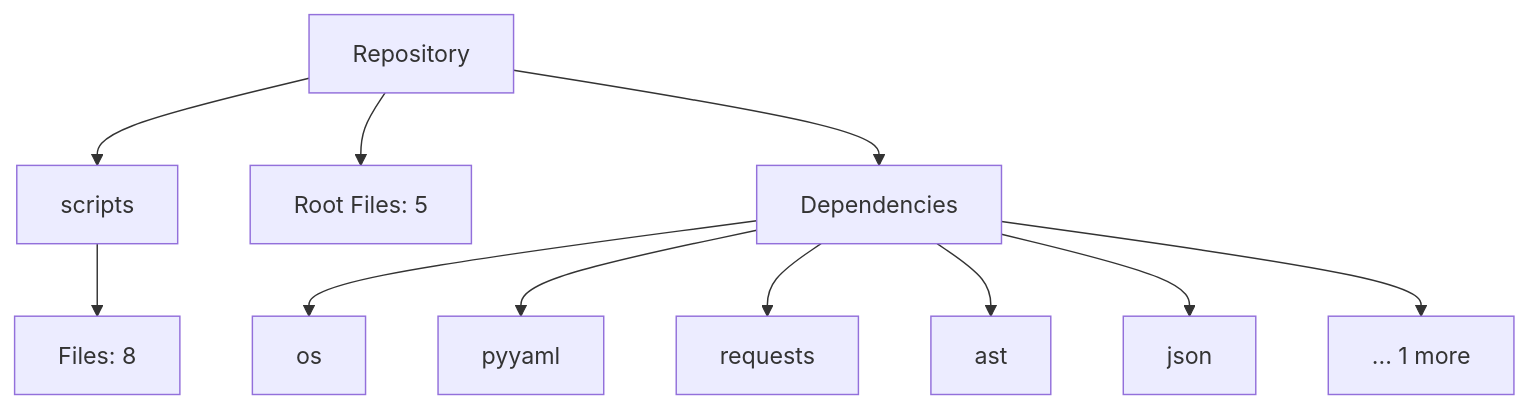
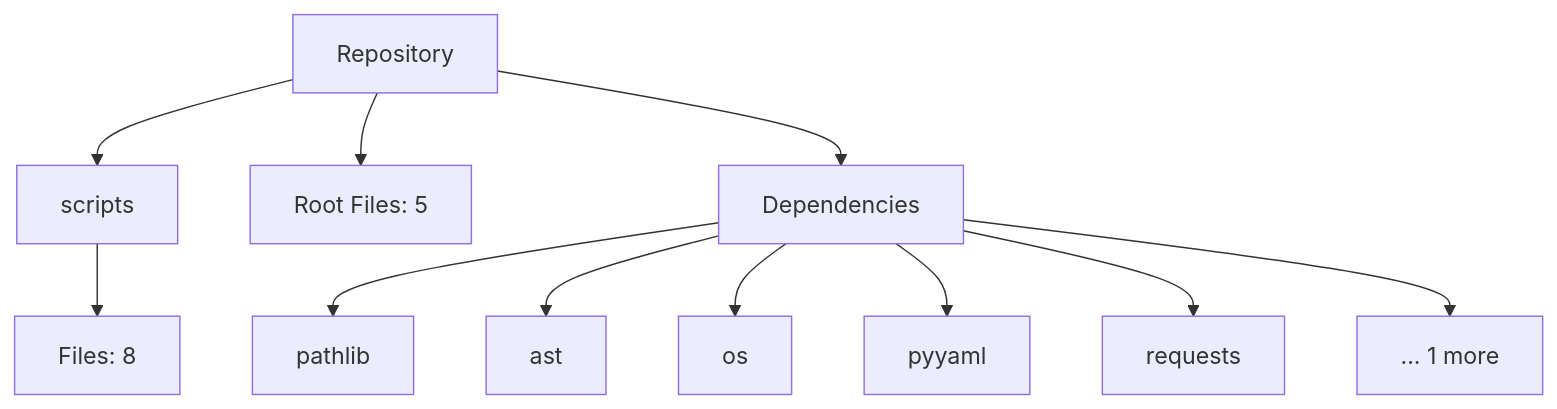
The diagram in README.md (NITISH-R-G/Smart-Task-Tracker-macOS-Dark-Edition-), drawn with Mermaid before and after one commit. The commit also changed 4 other files, not shown here.

Commit message:
docs(auto): Automatically update repository architecture and README

````diff
--- a/README.md
+++ b/README.md
@@ -17,15 +17,15 @@
 ```mermaid
 graph TD
     Root[Repository]
     Root --> scripts[scripts]
     scripts --> scripts_files[Files: 8]
     Root --> Root_files[Root Files: 5]
     Root --> Deps[Dependencies]
+    Deps --> pathlib[pathlib]
+    Deps --> ast[ast]
     Deps --> os[os]
     Deps --> pyyaml[pyyaml]
     Deps --> requests[requests]
-    Deps --> ast[ast]
-    Deps --> json[json]
     Deps --> MoreDeps[... 1 more]
 
 ```
````
